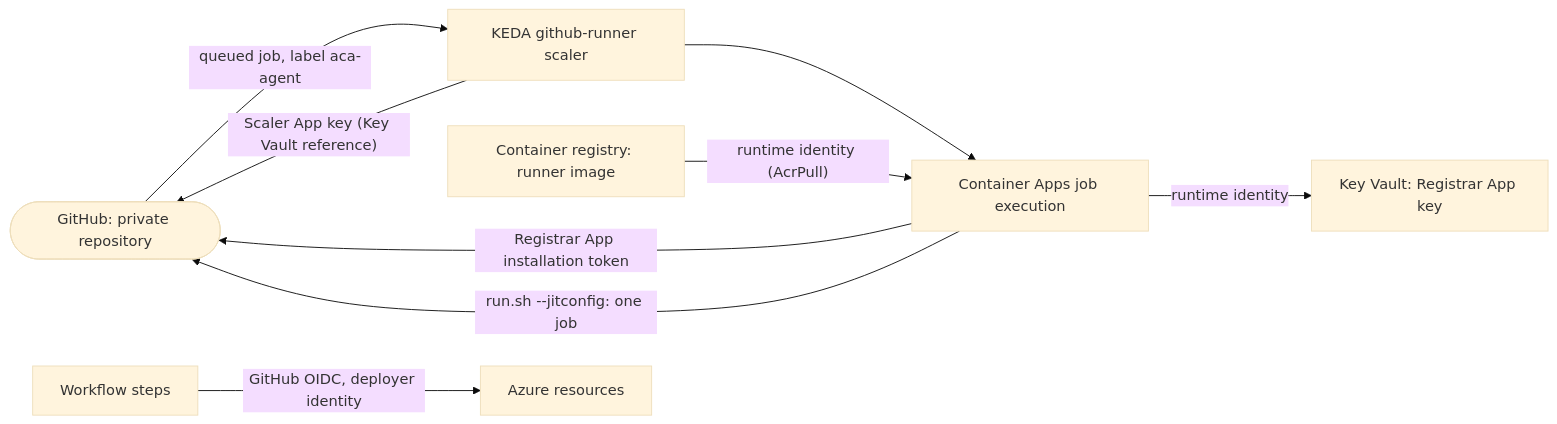
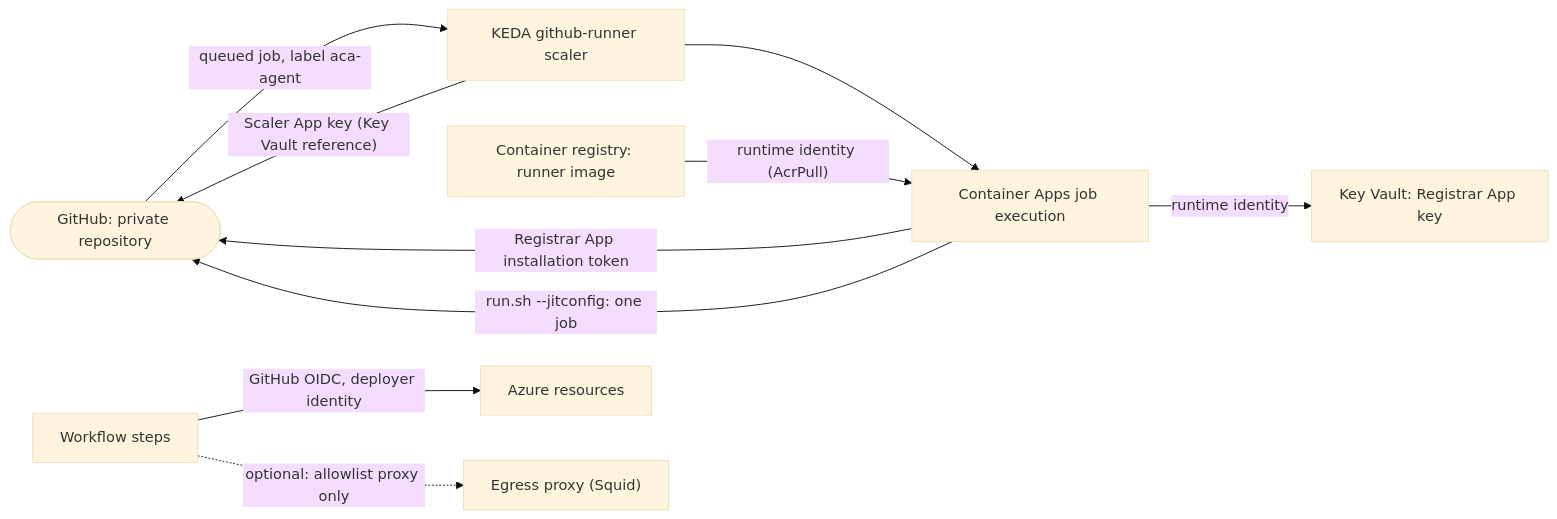
The diagram in README.md (ikhemissi/github-runners-on-container-apps), drawn with Mermaid (base theme) before and after one commit. The commit also changed other lines of this file and 9 other files, not shown here.

````diff
--- a/README.md
+++ b/README.md
@@ -11,11 +11,12 @@
 ```mermaid
 flowchart LR
     github(["GitHub: private repository"]) -->|"queued job, label aca-agent"| keda["KEDA github-runner scaler"]
     keda -->|"Scaler App key (Key Vault reference)"| github
     keda --> execution["Container Apps job execution"]
     execution -->|"runtime identity"| vault["Key Vault: Registrar App key"]
     execution -->|"Registrar App installation token"| github
     execution -->|"run.sh --jitconfig: one job"| github
     registry["Container registry: runner image"] -->|"runtime identity (AcrPull)"| execution
     steps["Workflow steps"] -->|"GitHub OIDC, deployer identity"| azure["Azure resources"]
+    steps -.->|"optional: allowlist proxy only"| proxy["Egress proxy (Squid)"]
 ```
````
